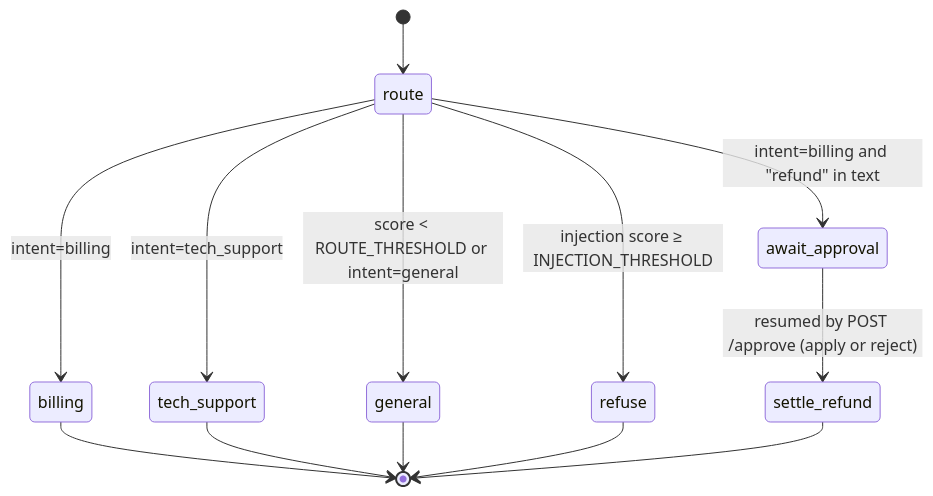
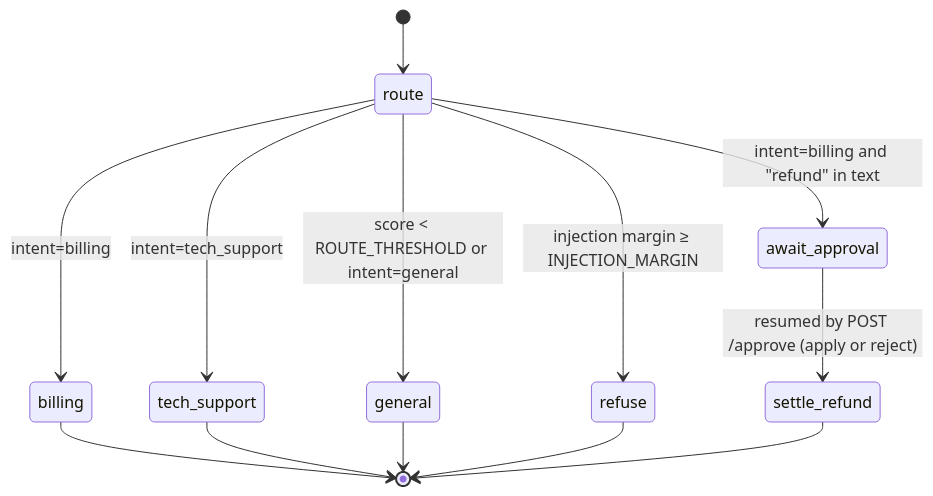
One commit to jayakumar-devaraj/enterprise-agentic-event-driven-chatbot changed the fourth of 5 diagrams in docs/architecture/LLD.md. Above: the diagram before and after it, drawn with Mermaid. The commit also changed other lines of this file and 19 other files, not shown here.

````diff
--- a/docs/architecture/LLD.md
+++ b/docs/architecture/LLD.md
@@ -119,15 +119,15 @@
 ```mermaid
 stateDiagram-v2
   [*] --> route
-  route --> refuse: injection score ≥ INJECTION_THRESHOLD
+  route --> refuse: injection margin ≥ INJECTION_MARGIN
   route --> await_approval: intent=billing and "refund" in text
   route --> billing: intent=billing
   route --> tech_support: intent=tech_support
   route --> general: score < ROUTE_THRESHOLD or intent=general
   await_approval --> settle_refund: resumed by POST /approve (apply or reject)
   billing --> [*]
   tech_support --> [*]
   general --> [*]
   refuse --> [*]
   settle_refund --> [*]
 ```
````
